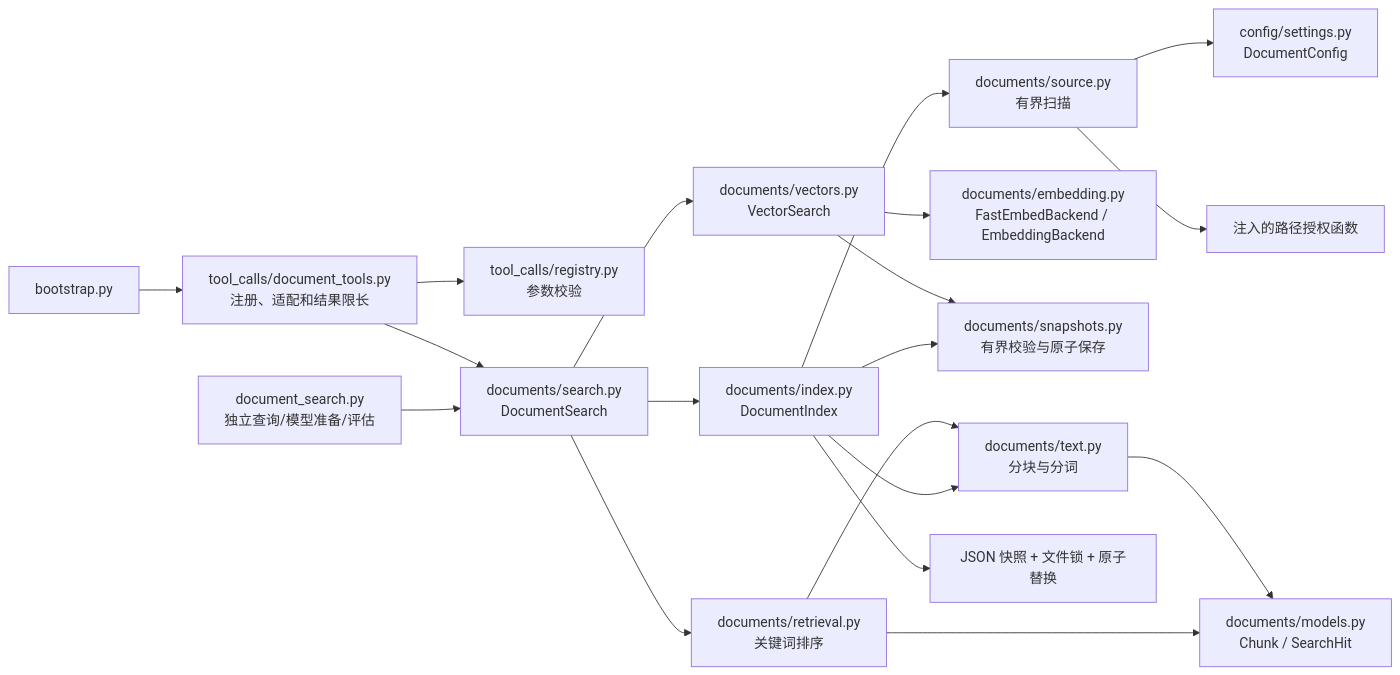
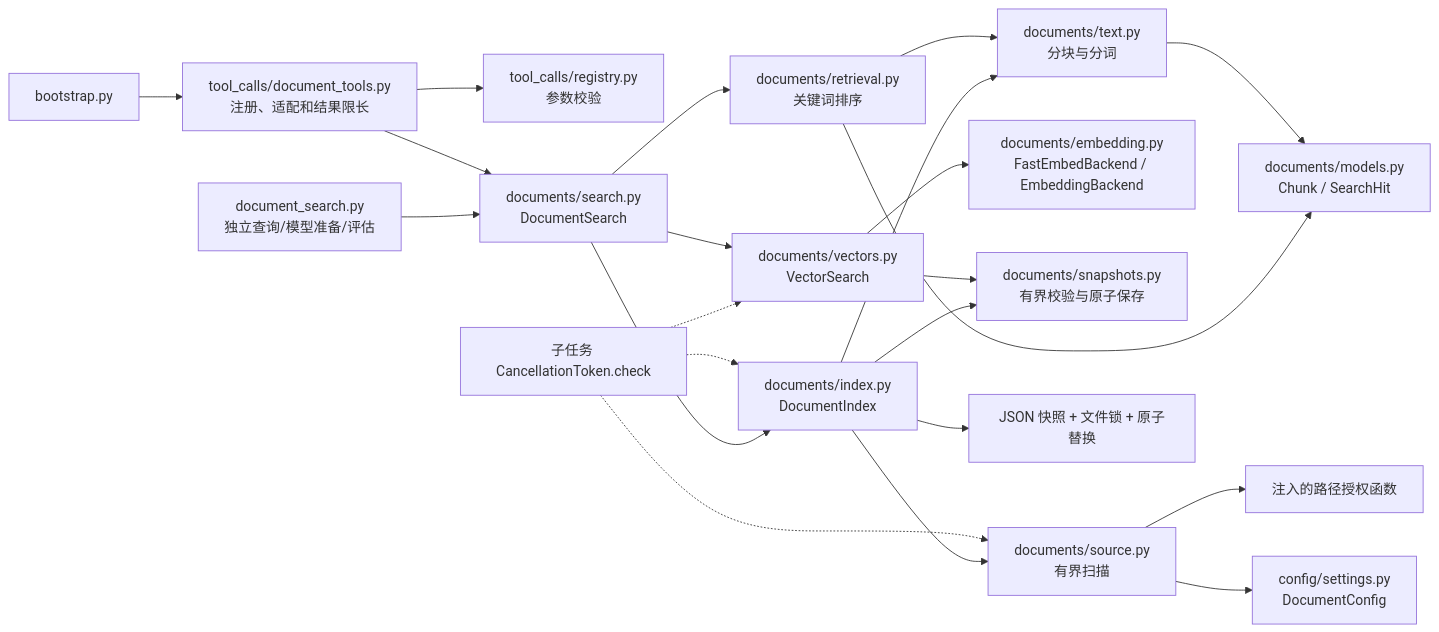
The first of 6 diagrams in docs/architecture.md (Plvltra/AdamAgent), drawn with Mermaid before and after one commit. The commit also changed other lines of this file and 14 other files, not shown here.

````diff
--- a/docs/architecture.md
+++ b/docs/architecture.md
@@ -13,21 +13,24 @@
 ```mermaid
 flowchart LR
     TEXT["documents/text.py<br/>分块与分词"] --> VALUES["documents/models.py<br/>Chunk / SearchHit"]
     RANK["documents/retrieval.py<br/>关键词排序"] --> TEXT
     RANK --> VALUES
     BOOT["bootstrap.py"] --> TOOLS["tool_calls/document_tools.py<br/>注册、适配和结果限长"]
     TOOLS --> REGISTRY["tool_calls/registry.py<br/>参数校验"]
     TOOLS --> SEARCH["documents/search.py<br/>DocumentSearch"]
     CLI["document_search.py<br/>独立查询/模型准备/评估"] --> SEARCH
     SEARCH --> RANK
     SEARCH --> VECTOR["documents/vectors.py<br/>VectorSearch"]
     VECTOR --> EMBED["documents/embedding.py<br/>FastEmbedBackend / EmbeddingBackend"]
     VECTOR --> SNAP["documents/snapshots.py<br/>有界校验与原子保存"]
+    CANCEL["子任务 CancellationToken.check"] -.-> SOURCE
+    CANCEL -.-> INDEX
+    CANCEL -.-> VECTOR
     INDEX --> SNAP
     SEARCH --> INDEX
     INDEX["documents/index.py<br/>DocumentIndex"] --> SOURCE["documents/source.py<br/>有界扫描"]
     SOURCE --> AUTH["注入的路径授权函数"]
     INDEX --> TEXT
     INDEX --> CACHE["JSON 快照 + 文件锁 + 原子替换"]
     SOURCE --> CONFIG["config/settings.py<br/>DocumentConfig"]
 ```
````
